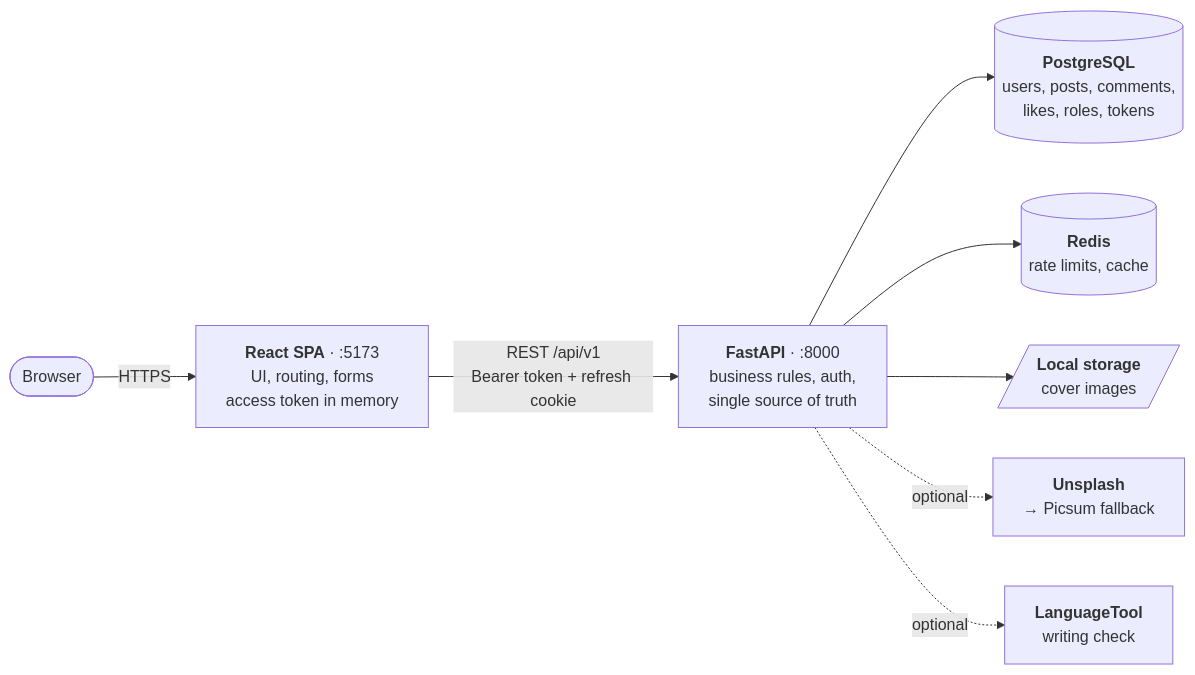
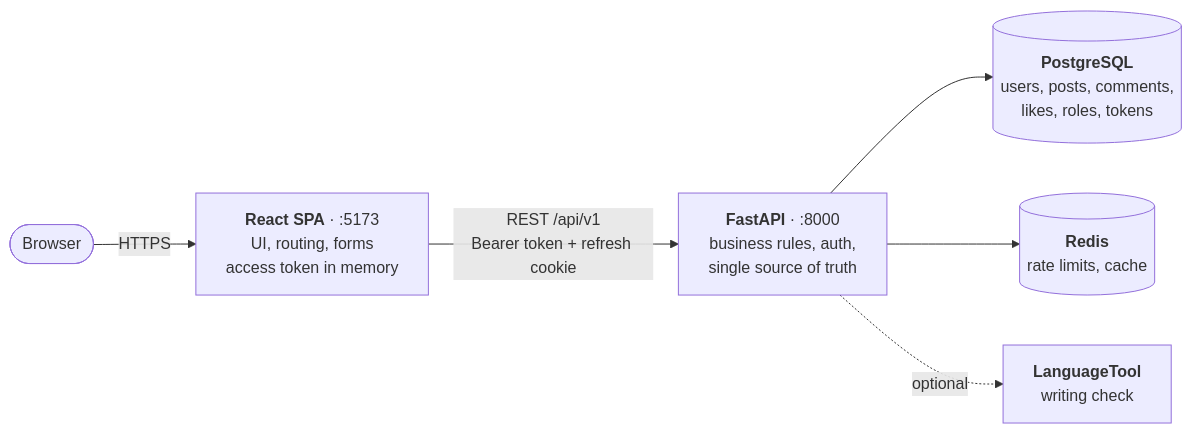
The first of 21 diagrams in docs/architecture.md (mr-laboratory/nebula), drawn with Mermaid before and after one commit. The commit also changed other lines of this file and 1 other file, not shown here.

Commit message:
docs: polish README and fix architecture overview for v1.0.0

````diff
--- a/docs/architecture.md
+++ b/docs/architecture.md
@@ -7,10 +7,8 @@
 ```mermaid
 flowchart LR
     U([Browser]) -->|HTTPS| FE["<b>React SPA</b> · :5173<br/>UI, routing, forms<br/>access token in memory"]
     FE -->|"REST /api/v1<br/>Bearer token + refresh cookie"| API["<b>FastAPI</b> · :8000<br/>business rules, auth,<br/>single source of truth"]
     API --> PG[("<b>PostgreSQL</b><br/>users, posts, comments,<br/>likes, roles, tokens")]
     API --> RD[("<b>Redis</b><br/>rate limits, cache")]
-    API --> FS[/"<b>Local storage</b><br/>cover images"/]
-    API -.->|optional| UN["<b>Unsplash</b><br/>→ Picsum fallback"]
     API -.->|optional| LT["<b>LanguageTool</b><br/>writing check"]
 ```
````
